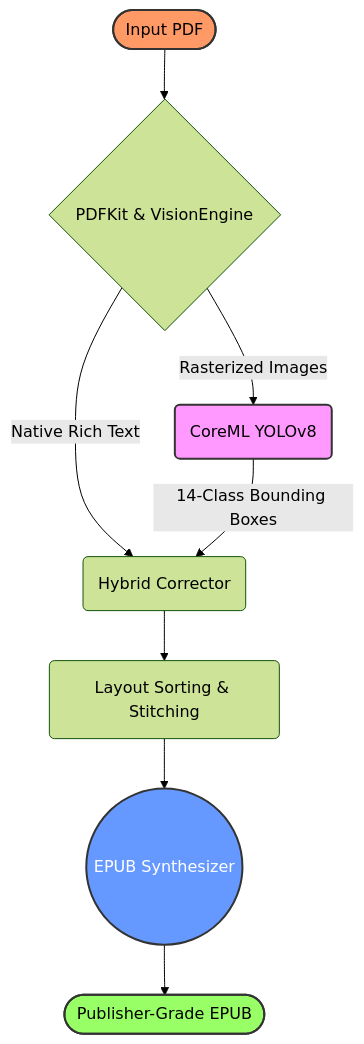
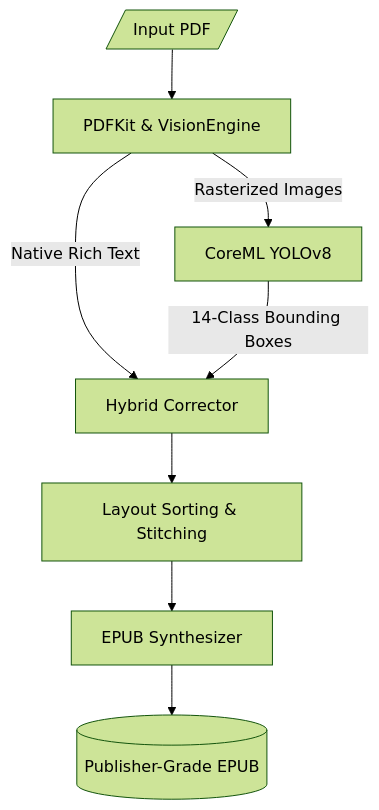
Before and after one commit to codinguniversefromEric/Make_it_Flow: the second of 2 diagrams in README.md, drawn with Mermaid (forest theme). The commit also changed other lines of this file, not shown here.

Commit message:
docs: strictly adhere to DFD and UML standard shapes for Mermaid diagrams

````diff
--- a/README.md
+++ b/README.md
@@ -46,19 +42,14 @@
 ```mermaid
 flowchart TD
-    A([Input PDF]) --> B{"PDFKit & VisionEngine"}
+    A[/"Input PDF"/] --> B["PDFKit & VisionEngine"]
     
-    B -->|Rasterized Images| C("CoreML YOLOv8")
-    B -->|Native Rich Text| D("Hybrid Corrector")
+    B -->|Rasterized Images| C["CoreML YOLOv8"]
+    B -->|Native Rich Text| D["Hybrid Corrector"]
     
     C -->|14-Class Bounding Boxes| D
     
-    D --> E("Layout Sorting & Stitching")
-    E --> F(("EPUB Synthesizer"))
+    D --> E["Layout Sorting & Stitching"]
+    E --> F["EPUB Synthesizer"]
     
-    F --> G([Publisher-Grade EPUB])
-
-    style A fill:#f96,stroke:#333,stroke-width:2px
-    style G fill:#9f6,stroke:#333,stroke-width:2px
-    style C fill:#f9f,stroke:#333,stroke-width:2px
-    style F fill:#69f,stroke:#333,stroke-width:2px,color:#fff
+    F --> G[("Publisher-Grade EPUB")]
 ```
````
